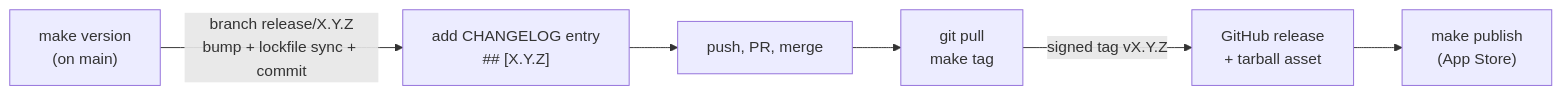
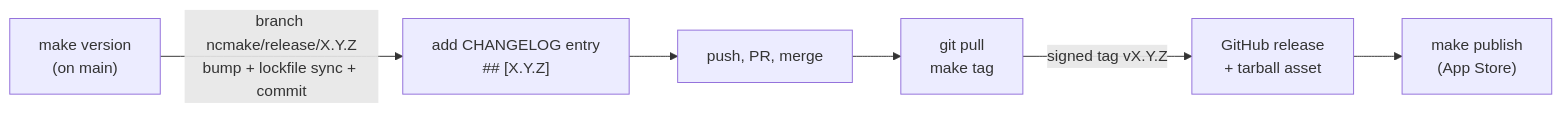
Before and after one commit to ernolf/ncmake: the third of 3 diagrams in README.md, drawn with Mermaid. The commit also changed other lines of this file and 1 other file, not shown here.

First line of the commit message:
fix: ncmake/ branch prefix, RUNTIME=podman and bind-mount wording

````diff
--- a/README.md
+++ b/README.md
@@ -174,8 +174,8 @@
 ```mermaid
 flowchart LR
-    A["make version<br>(on main)"] -- "branch release/X.Y.Z<br>bump + lockfile sync + commit" --> B["add CHANGELOG entry<br>## [X.Y.Z]"]
+    A["make version<br>(on main)"] -- "branch ncmake/release/X.Y.Z<br>bump + lockfile sync + commit" --> B["add CHANGELOG entry<br>## [X.Y.Z]"]
     B --> C[push, PR, merge]
     C --> D["git pull<br>make tag"]
     D -- "signed tag vX.Y.Z" --> E[GitHub release<br>+ tarball asset]
     E --> F["make publish<br>(App Store)"]
 ```
````
